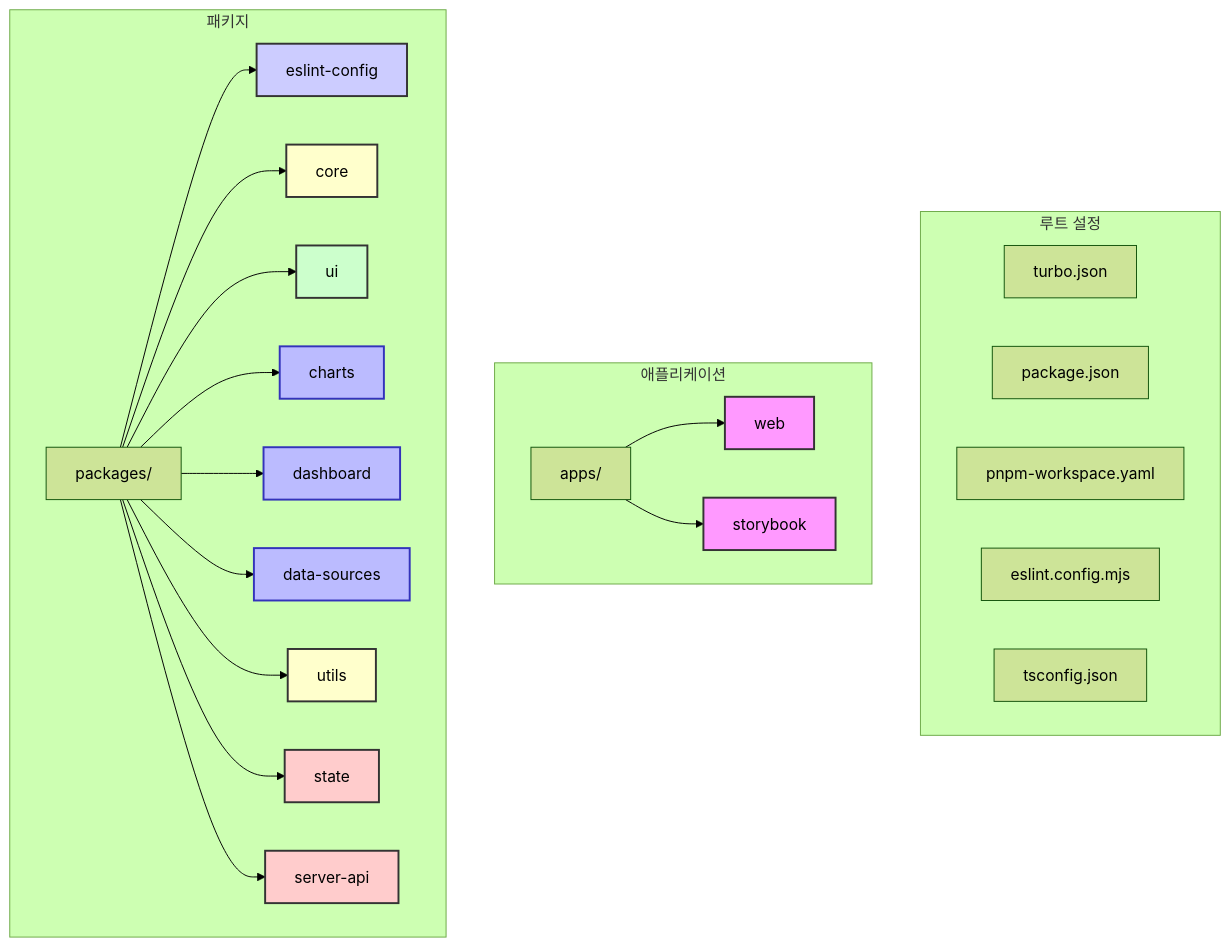
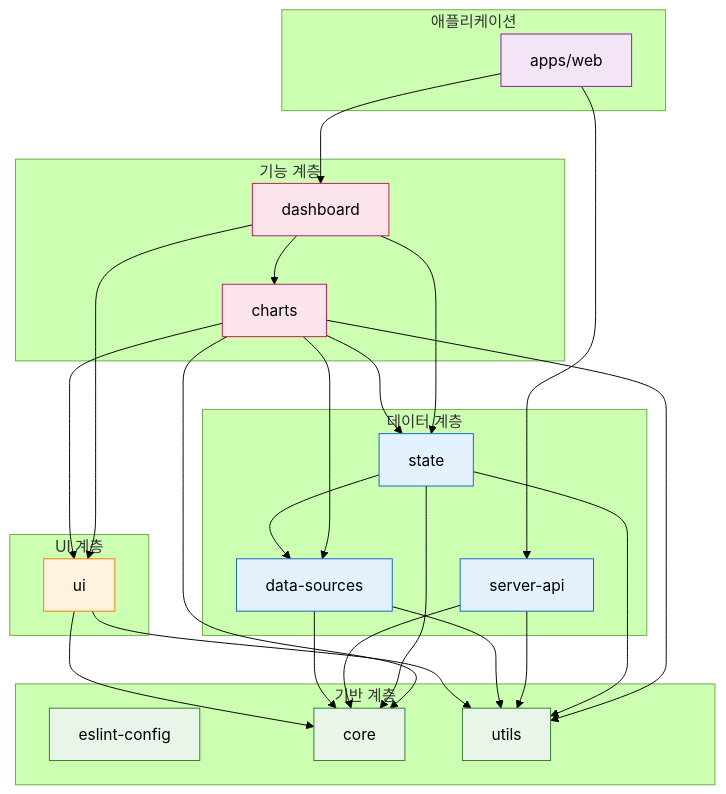
Before and after one commit to Seungwoo321/etorch-docs: the sixth of 12 diagrams in frontend/architecture.md, drawn with Mermaid (forest theme). The commit also changed other lines of this file, not shown here.

````diff
--- a/frontend/architecture.md
+++ b/frontend/architecture.md
@@ -533,43 +572,66 @@
 ```mermaid
-flowchart TD
-    subgraph "루트 설정"
-        R1[turbo.json]
-        R2[package.json]
-        R3[pnpm-workspace.yaml]
-        R4[eslint.config.mjs]
-        R5[tsconfig.json]
+graph TD
+    subgraph "기반 계층"
+        eslint[eslint-config]
+        core[core]
+        utils[utils]
+    end
+    
+    subgraph "UI 계층" 
+        ui[ui]
+    end
+    
+    subgraph "데이터 계층"
+        data[data-sources]
+        api[server-api]
+        state[state]
+    end
+    
+    subgraph "기능 계층"
+        charts[charts]
+        dashboard[dashboard]
     end
     
     subgraph "애플리케이션"
-        Apps[apps/]
-        Apps --> Web[web]
-        Apps --> Storybook[storybook]
+        web[apps/web]
     end
     
-    subgraph "패키지"
-        Packages[packages/]
-        Packages --> EslintConfig[eslint-config]
-        Packages --> Core[core]
-        Packages --> UI[ui]
-        Packages --> Charts[charts]
-        Packages --> Dashboard[dashboard]
-        Packages --> DataSources[data-sources]
-        Packages --> Utils[utils]
-        Packages --> State[state]
-        Packages --> ServerAPI[server-api]
-    end
+    %% 의존성
+    ui --> core
+    ui --> utils
     
-    classDef app fill:#f9f,stroke:#333,stroke-width:2px,color:#000;
-    classDef eslint fill:#ccccff,stroke:#333,stroke-width:2px,color:#000;
-    classDef base fill:#ffffcc,stroke:#333,stroke-width:2px,color:#000;
-    classDef ui fill:#ccffcc,stroke:#333,stroke-width:2px,color:#000;
-    classDef feature fill:#bbf,stroke:#33b,stroke-width:2px,color:#000;
-    classDef api fill:#ffcccc,stroke:#333,stroke-width:2px,color:#000;
+    data --> core
+    data --> utils
     
-    class Web,Storybook app;
-    class EslintConfig eslint;
-    class Core,Utils base;
-    class UI ui;
-    class Charts,Dashboard,DataSources feature;
-    class State,ServerAPI api;
+    api --> core
+    api --> utils
+    
+    state --> core
+    state --> utils
+    state --> data
+    
+    charts --> core
+    charts --> ui
+    charts --> utils
+    charts --> data
+    charts --> state
+    
+    dashboard --> charts
+    dashboard --> state
+    dashboard --> ui
+    
+    web --> dashboard
+    web --> api
+    
+    classDef base fill:#e8f5e8,stroke:#2e7d32;
+    classDef ui fill:#fff3e0,stroke:#f57c00;
+    classDef data fill:#e3f2fd,stroke:#1565c0;
+    classDef feature fill:#fce4ec,stroke:#c2185b;
+    classDef app fill:#f3e5f5,stroke:#7b1fa2;
+    
+    class eslint,core,utils base;
+    class ui ui;
+    class data,api,state data;
+    class charts,dashboard feature;
+    class web app;
 ```
````
